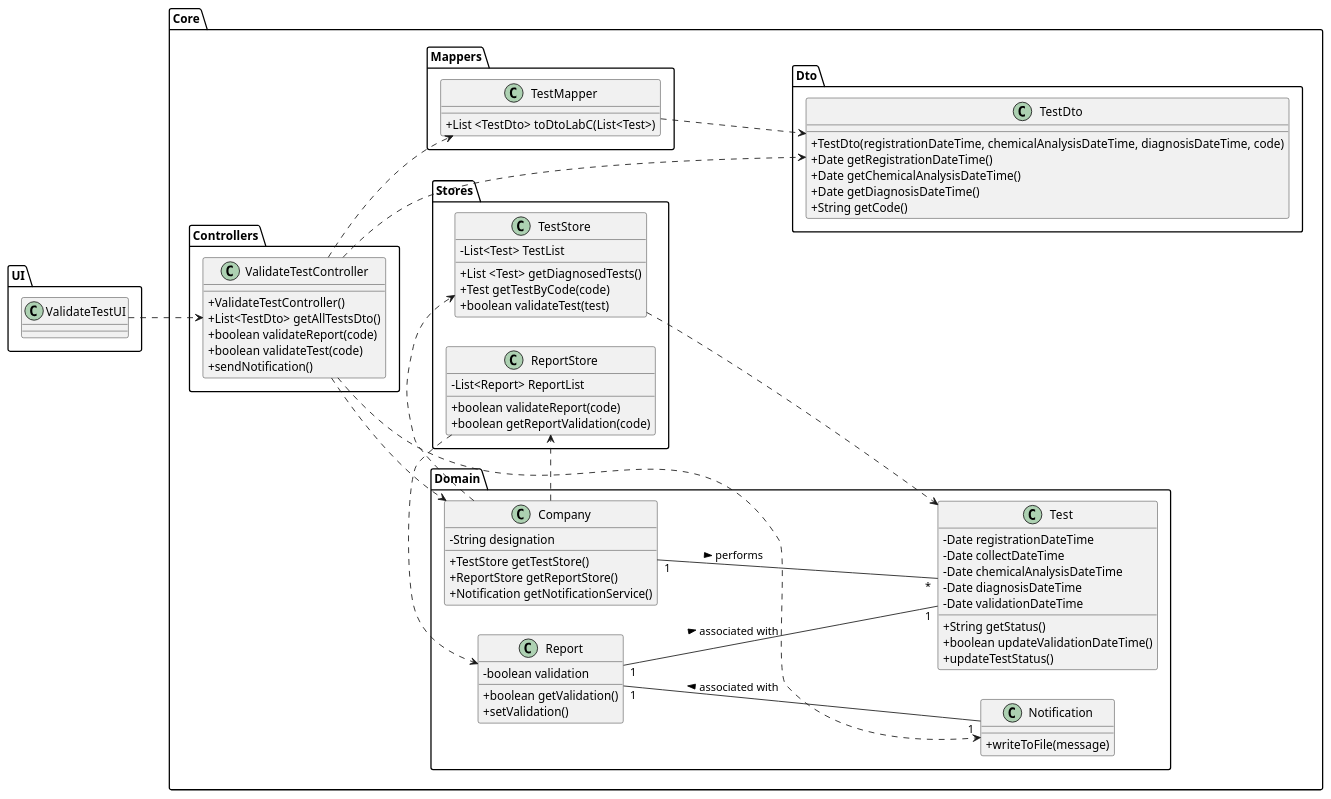
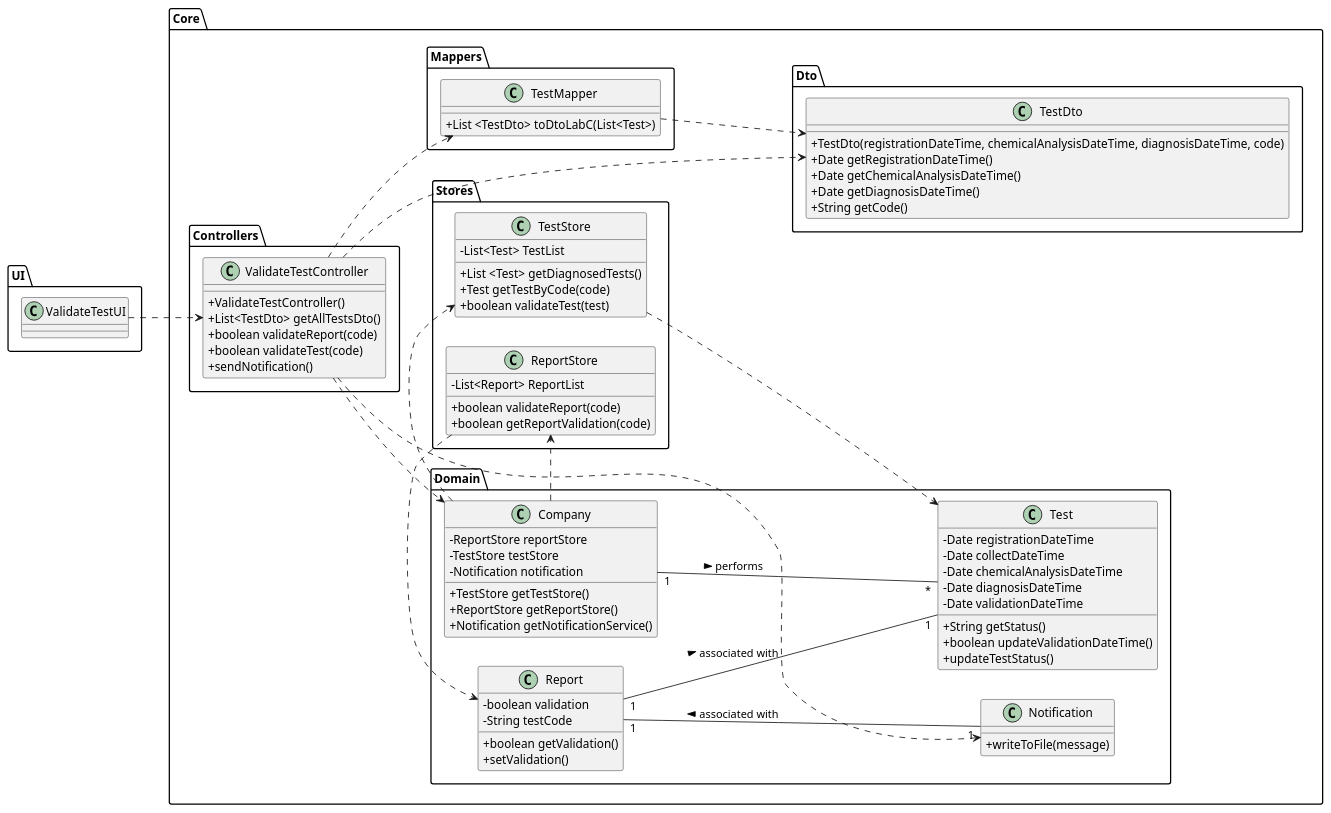
One commit to 0franciscor/lei-21-s2-1de-g19 changed the diagram in docs/SprintC/US15/US15-CD.puml. Above: the diagram before and after it, drawn with PlantUML. The commit also changed 2 other files, not shown here.

```diff
--- a/docs/SprintC/US15/US15-CD.puml
+++ b/docs/SprintC/US15/US15-CD.puml
@@ -1,113 +1,116 @@
 @startuml
 skinparam classAttributeIconSize 0
 left to right direction
 
 package Core{
 
 package Domain{
 class "Company" as C {
--String designation
+-ReportStore reportStore
+-TestStore testStore
+-Notification notification
 +TestStore getTestStore()
 +ReportStore getReportStore()
 +Notification getNotificationService()
 }
 
 class "Test" as T {
 -Date registrationDateTime
 -Date collectDateTime
 -Date chemicalAnalysisDateTime
 -Date diagnosisDateTime
 -Date validationDateTime
 +String getStatus()
 +boolean updateValidationDateTime()
 +updateTestStatus()
 }
 
 class "Report" as R{
 -boolean validation
+-String testCode
 +boolean getValidation()
 +setValidation()
 }
 
 class "Notification" as N{
 + writeToFile(message)
 }
 
 }
 
 package Stores{
 class "TestStore" as TS{
 -List<Test> TestList
 +List <Test> getDiagnosedTests()
 +Test getTestByCode(code)
 +boolean validateTest(test)
 }
 
 class "ReportStore" as RS{
 -List<Report> ReportList
 +boolean validateReport(code)
 +boolean getReportValidation(code)
 }
 
 }
 
 package Controllers{
 class "ValidateTestController" as VTC {
 +ValidateTestController()
 +List<TestDto> getAllTestsDto()
 +boolean validateReport(code)
 +boolean validateTest(code)
 +sendNotification()
 }
 
 
 
 
 
 }
 
 package Mappers{
 class "TestMapper" as tM{
 +List <TestDto> toDtoLabC(List<Test>)
 }
 
 }
 
 
 package Dto{
 class "TestDto" as tDto{
 +TestDto(registrationDateTime, chemicalAnalysisDateTime, diagnosisDateTime, code)
 +Date getRegistrationDateTime()
 +Date getChemicalAnalysisDateTime()
 +Date getDiagnosisDateTime()
 +String getCode()
 }
 
 
 
 }
 
 }
 package UI{
 class "ValidateTestUI" as VTUI
 }
 
 VTUI ..> VTC
 
 C ..> TS
 C ..> RS
 VTC ..> C
 VTC ..> tM
 VTC ..> tDto
 VTC ..> N
 
 TS ..> T
 tM ..> tDto
 
 C "1" -- "*" T : > performs
 
 RS ..> R
 R "1" -- "1" T : > associated with
 R "1" -- "1" N : < associated with
 
 @enduml
```
